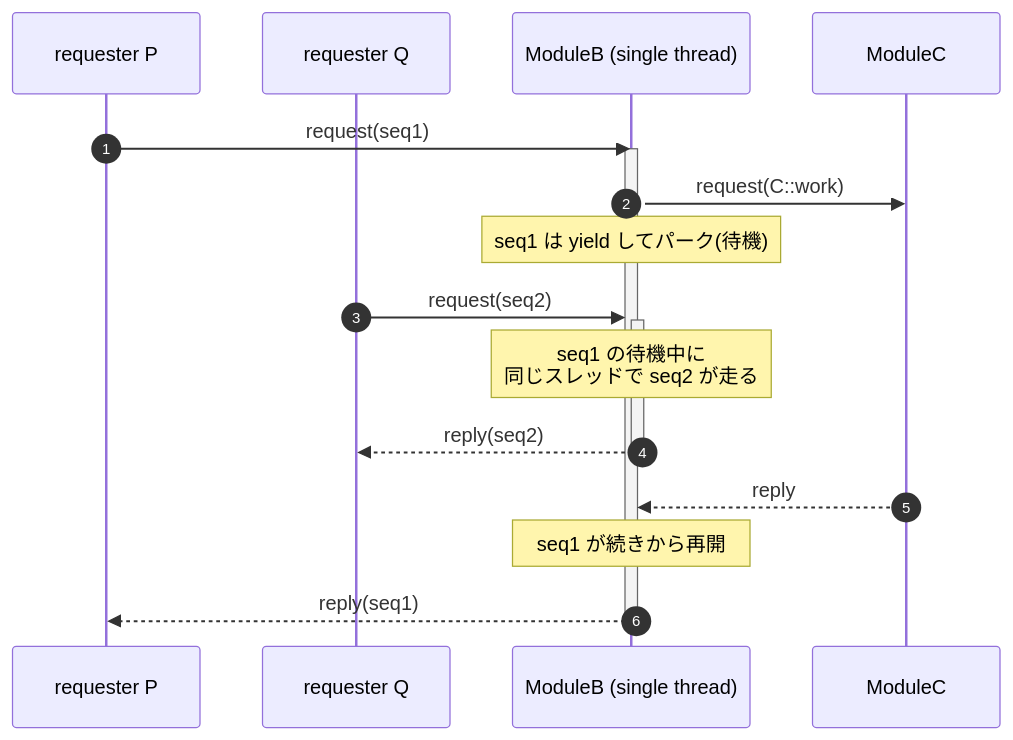
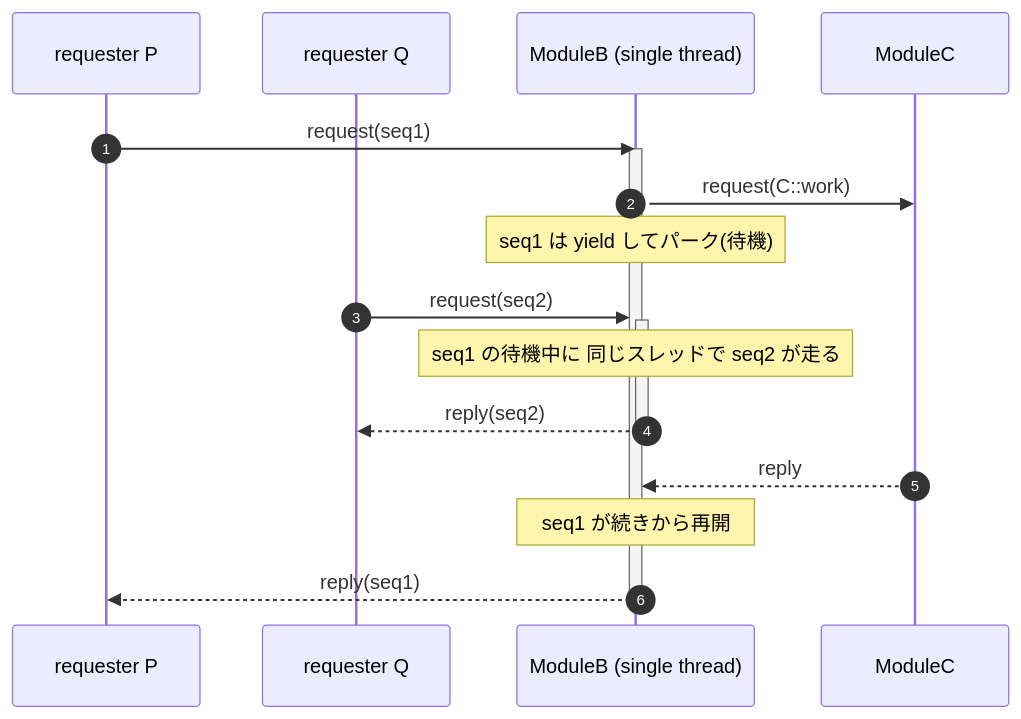
One commit to ysan/coseq changed the second of 3 diagrams in README.ja.md. Above: the diagram before and after it, drawn with Mermaid. The commit also changed other lines of this file and 1 other file, not shown here.

Commit message:
docs: fix mermaid notes (remove <br/> that broke GitHub rendering)

````diff
--- a/README.ja.md
+++ b/README.ja.md
@@ -148,22 +148,22 @@
 ```mermaid
 sequenceDiagram
     autonumber
     participant P as requester P
     participant Q as requester Q
     participant B as ModuleB (single thread)
     participant C as ModuleC
 
     P->>B: request(seq1)
     activate B
     B->>C: request(C::work)
     Note over B: seq1 は yield してパーク(待機)
     Q->>B: request(seq2)
     activate B
-    Note over B: seq1 の待機中に<br/>同じスレッドで seq2 が走る
+    Note over B: seq1 の待機中に 同じスレッドで seq2 が走る
     B-->>Q: reply(seq2)
     deactivate B
     C-->>B: reply
     Note over B: seq1 が続きから再開
     B-->>P: reply(seq1)
     deactivate B
 ```
````
